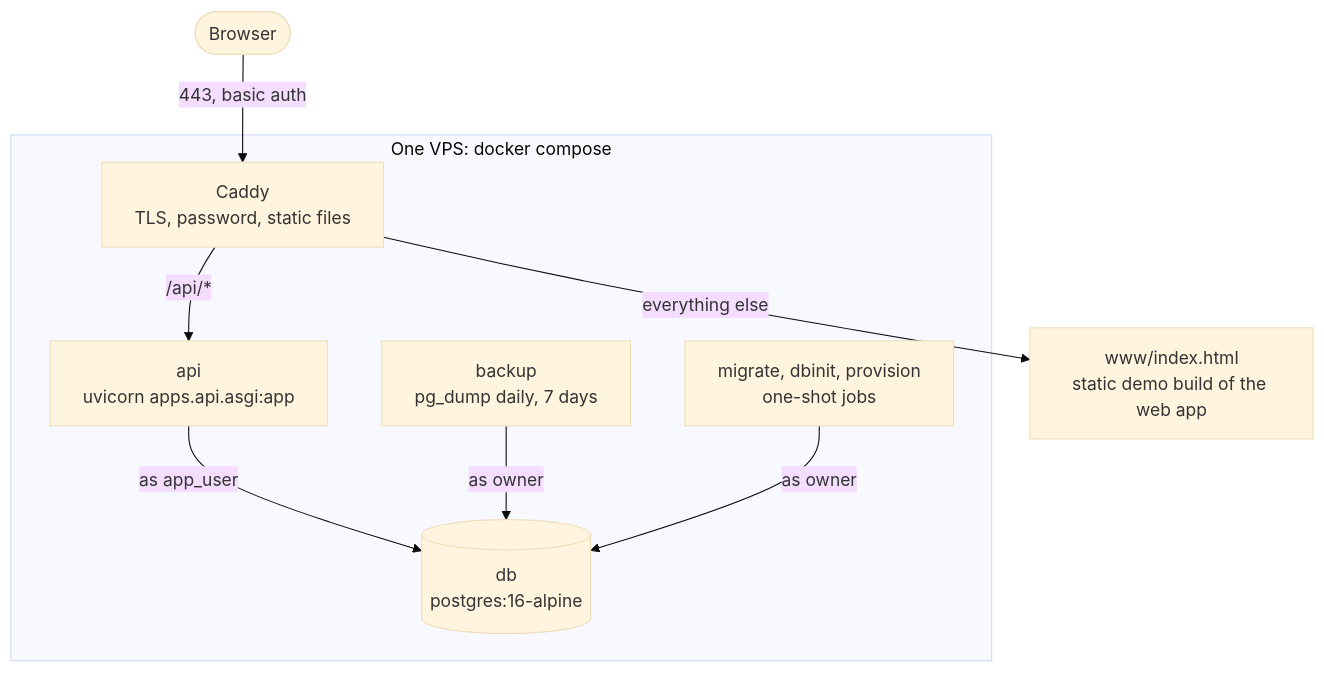
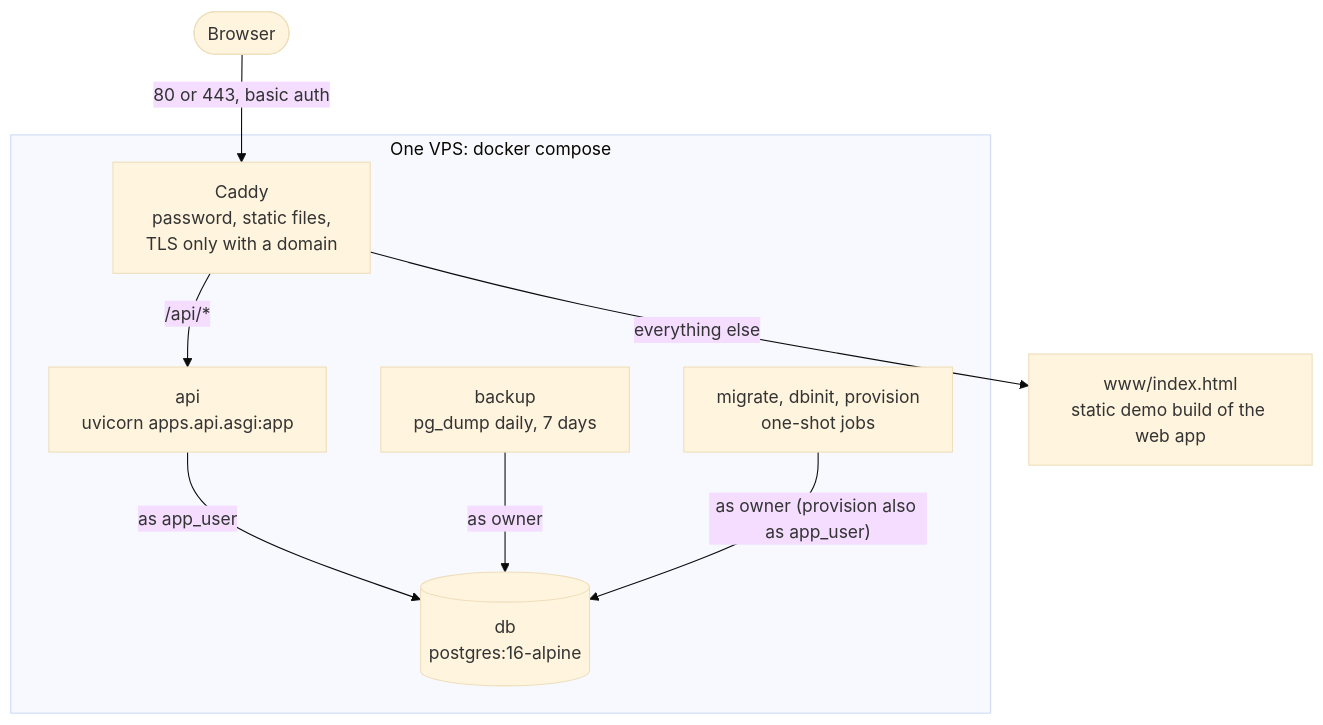
The second of 5 diagrams in docs/technical/01-system-overview.md (emre-akarsu/ai-commerce-ideas), drawn with Mermaid (base theme) before and after one commit. The commit also changed other lines of this file, not shown here.

````diff
--- a/docs/technical/01-system-overview.md
+++ b/docs/technical/01-system-overview.md
@@ -41,16 +44,16 @@
 ```mermaid
 flowchart TB
-  user([Browser]) -->|"443, basic auth"| caddy
+  user([Browser]) -->|"80 or 443, basic auth"| caddy
   subgraph vps["One VPS: docker compose"]
-    caddy["Caddy<br/>TLS, password, static files"]
+    caddy["Caddy<br/>password, static files,<br/>TLS only with a domain"]
     api["api<br/>uvicorn apps.api.asgi:app"]
     db[("db<br/>postgres:16-alpine")]
     bk["backup<br/>pg_dump daily, 7 days"]
     mig["migrate, dbinit, provision<br/>one-shot jobs"]
   end
   caddy -->|"/api/*"| api
   caddy -->|"everything else"| www["www/index.html<br/>static demo build of the web app"]
   api -->|"as app_user"| db
   bk -->|"as owner"| db
-  mig -->|"as owner"| db
+  mig -->|"as owner (provision also as app_user)"| db
 ```
````
